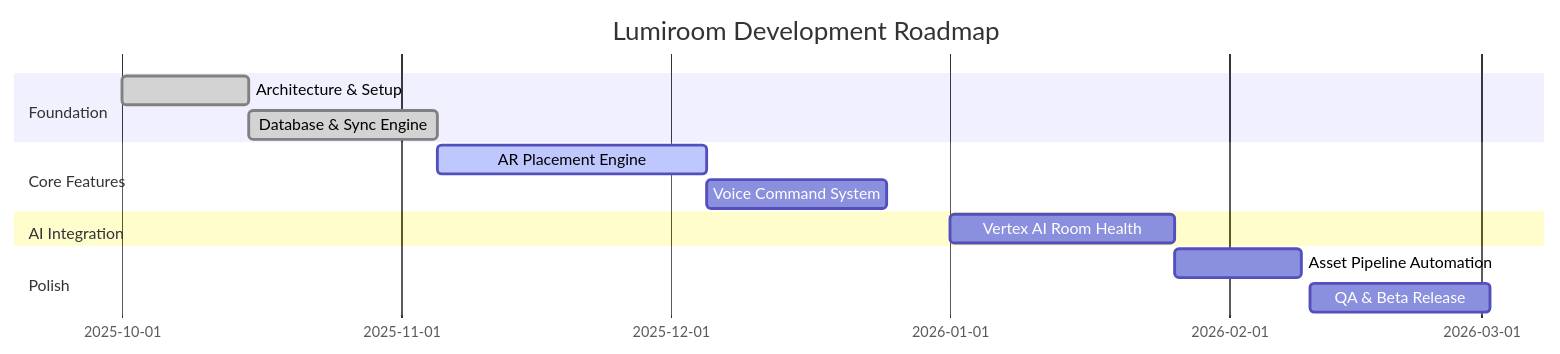
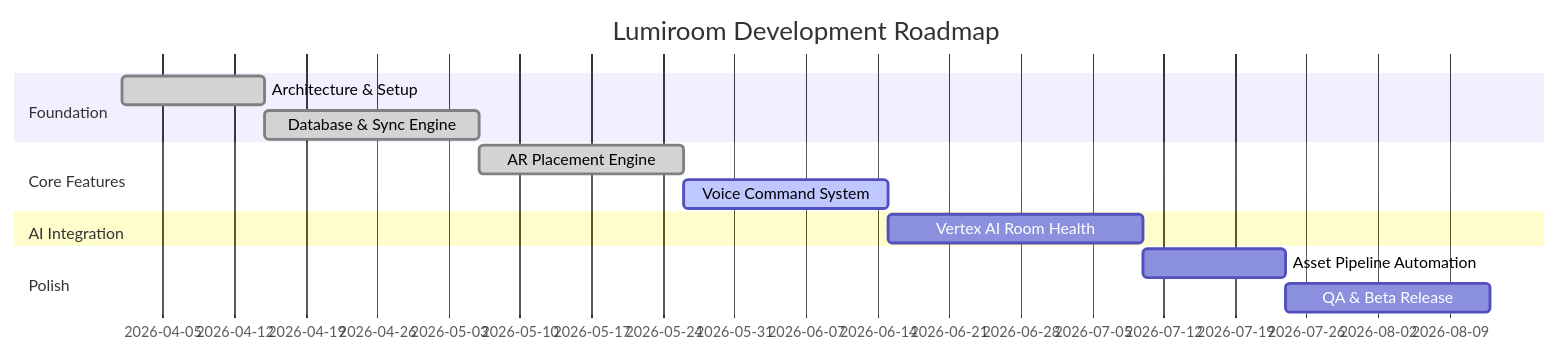
Before and after one commit to Vinoth-ai-20/lumiroom: the diagram in docs/implementation_plan.md, drawn with Mermaid. The commit also changed 4 other files, not shown here.

Commit message:
docs: corrections in few charts.

````diff
--- a/docs/implementation_plan.md
+++ b/docs/implementation_plan.md
@@ -15,16 +15,16 @@
 ```mermaid
 gantt
     title Lumiroom Development Roadmap
     dateFormat  YYYY-MM-DD
     section Foundation
-    Architecture & Setup      :done,    des1, 2025-10-01, 14d
-    Database & Sync Engine    :done,    des2, 2025-10-15, 21d
+    Architecture & Setup      :done,    des1, 2026-04-01, 14d
+    Database & Sync Engine    :done,    des2, 2026-04-15, 21d
     section Core Features
-    AR Placement Engine       :active,  core1, 2025-11-05, 30d
-    Voice Command System      :         core2, 2025-12-05, 20d
+    AR Placement Engine       :done,    core1, 2026-05-06, 20d
+    Voice Command System      :active,  core2, 2026-05-26, 20d
     section AI Integration
-    Vertex AI Room Health     :         ai1, 2026-01-01, 25d
+    Vertex AI Room Health     :         ai1, 2026-06-15, 25d
     section Polish
-    Asset Pipeline Automation :         pol1, 2026-01-26, 14d
-    QA & Beta Release         :         pol2, 2026-02-10, 20d
+    Asset Pipeline Automation :         pol1, 2026-07-10, 14d
+    QA & Beta Release         :         pol2, 2026-07-24, 20d
 ```
````
